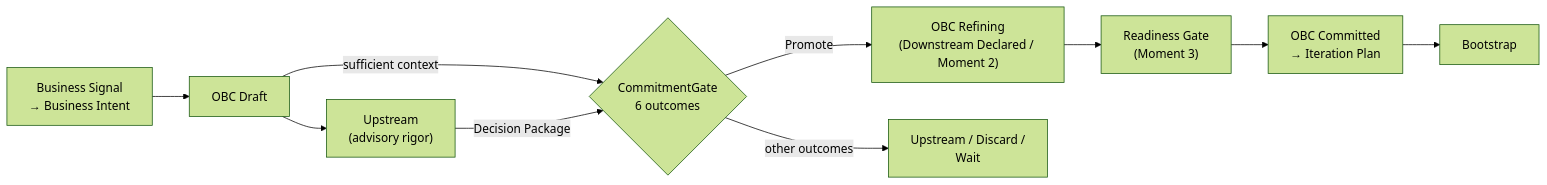
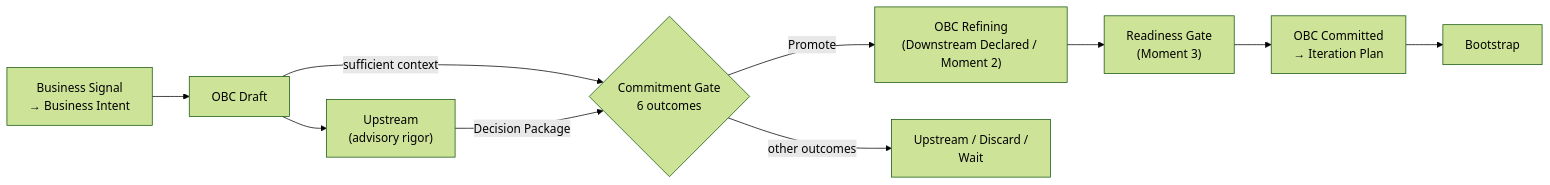
Before and after one commit to produtoreativo/from-intent-to-outcome: the third of 3 diagrams in en/chapter-03.md, drawn with Mermaid (forest theme). The commit also changed other lines of this file and 26 other files, not shown here.

````diff
--- a/en/chapter-03.md
+++ b/en/chapter-03.md
@@ -210,12 +210,12 @@
 ```mermaid
 graph LR
     BS["Business Signal\n→ Business Intent"] --> A["OBC Draft"]
     A --> UP["Upstream\n(advisory rigor)"]
-    A -->|"sufficient context"| CG{"CommitmentGate\n6 outcomes"}
+    A -->|"sufficient context"| CG{"Commitment Gate\n6 outcomes"}
     UP -->|"Decision Package"| CG
     CG -->|"Promote"| C["OBC Refining\n(Downstream Declared / Moment 2)"]
     CG -->|"other outcomes"| X["Upstream / Discard /\nWait"]
     C --> D["Readiness Gate\n(Moment 3)"]
     D --> E["OBC Committed\n→ Iteration Plan"]
     E --> F["Bootstrap"]
 ```
````
